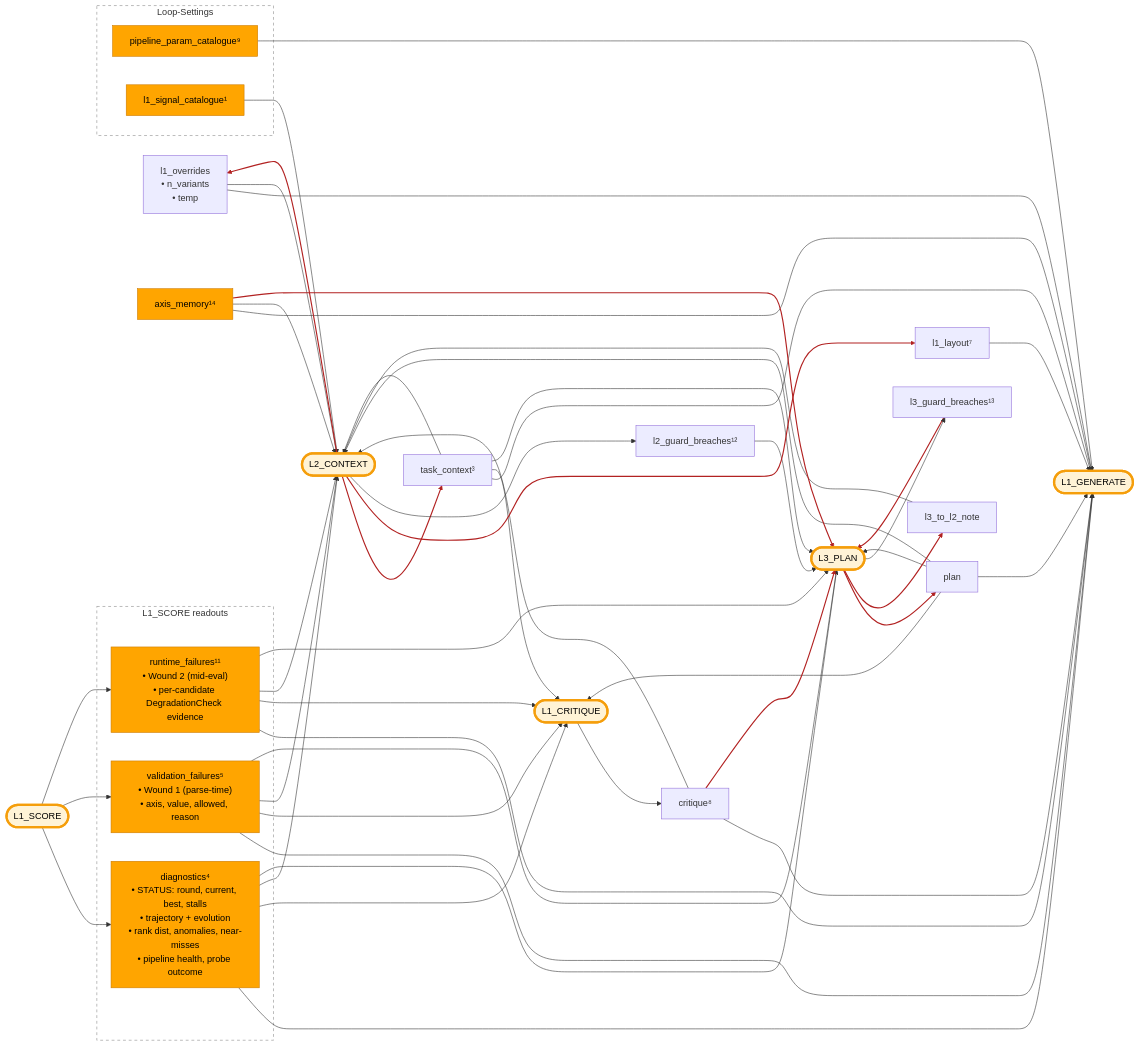
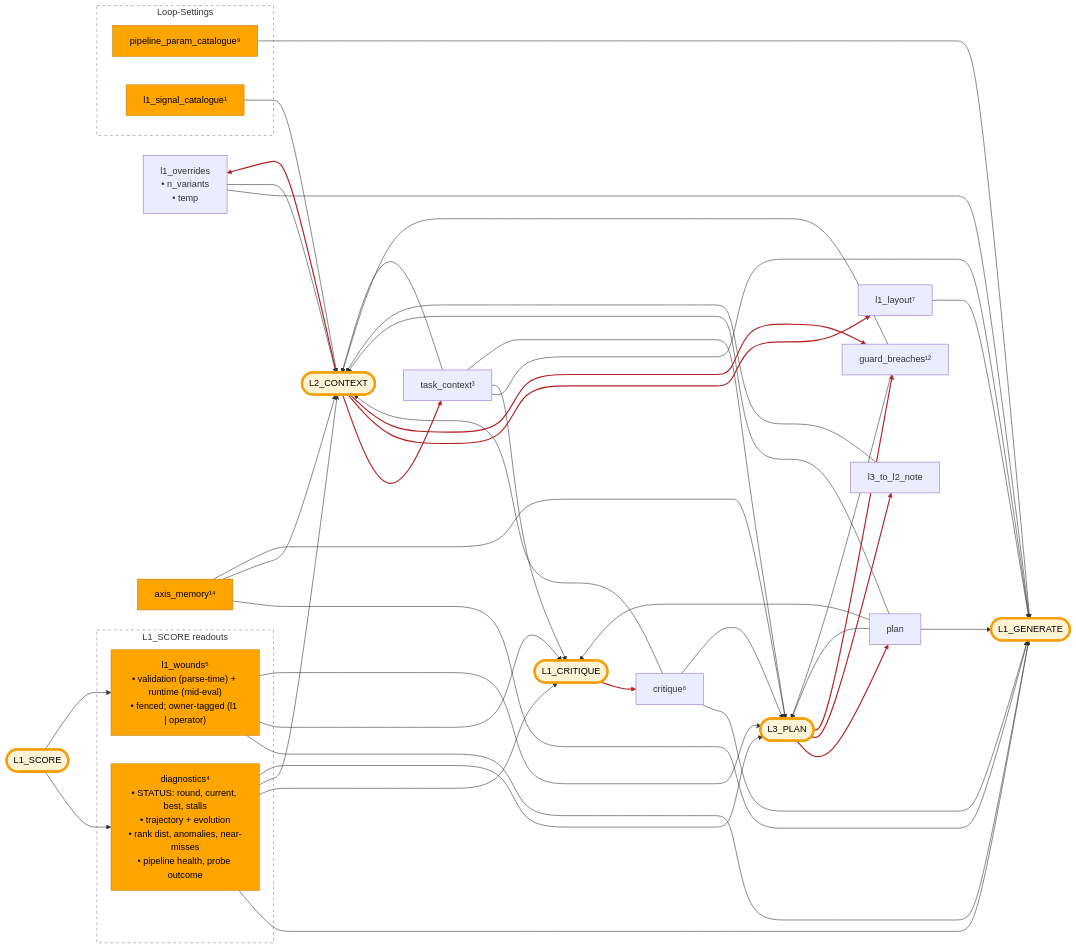
One commit to PromptPotter/prompt-potter-optimizer changed the diagram in docs/developer/dispatch-hub.md. Above: the diagram before and after it, drawn with Mermaid. The commit also changed other lines of this file and 21 other files, not shown here.

First line of the commit message:
refactor(self-healing): dissolve the 4-wound taxonomy to one owner field

````diff
--- a/docs/developer/dispatch-hub.md
+++ b/docs/developer/dispatch-hub.md
@@ -21,20 +21,16 @@
   %% Standalone AI-generated inputs (not produced inside a single LLM stage)
   CPAR["l1_overrides<br/>• n_variants<br/>• temp"]
 
-  %% L1_SCORE readouts — distinct hub variables, same producer cluster.
-  %% diagnostics is per-round on Bundle.digest; the failures variants
-  %% accumulate on OptSearchPoint cross-round.
+  %% L1_SCORE readouts — diagnostics is per-round on Bundle.digest; l1_wounds
+  %% (validation parse-time + runtime mid-eval) accumulates on OptSearchPoint cross-round.
   subgraph SR["L1_SCORE readouts"]
     DIAG["diagnostics⁴<br/>• STATUS: round, current, best, stalls<br/>• trajectory + evolution<br/>• rank dist, anomalies, near-misses<br/>• pipeline health, probe outcome"]:::det
-    VFAIL["validation_failures⁵<br/>• Wound 1 (parse-time)<br/>• axis, value, allowed, reason"]:::det
-    RFAIL["runtime_failures¹¹<br/>• Wound 2 (mid-eval)<br/>• per-candidate DegradationCheck evidence"]:::det
+    L1W["l1_wounds⁵<br/>• validation (parse-time) + runtime (mid-eval)<br/>• fenced; owner-tagged (l1 | operator)"]:::det
   end
   style SR fill:none,stroke:#888,stroke-dasharray: 5 5
 
-  %% LLM-output validator failures — produced by L2/L3 post-parse.
-  %% Sits outside the L1_SCORE readouts cluster because the producers are L2P / L3P.
-  L2OF[l2_guard_breaches¹²]
-  L3OF[l3_guard_breaches¹³]
+  %% Post-parse guard breaches — produced by L2P / L3P; both owner=L3 (replan).
+  GB[guard_breaches¹²]
 
   %% Loop-Settings — read-only loop-time constants
   subgraph LS["Loop-Settings"]
@@ -70,14 +66,12 @@
   end
   style L3G fill:none,stroke:none
 
-  %% L1_GENERATE inputs — sees measurement-derived failures only.
-  %% LAYOUT is structural (drives fill_l1's slot walk), not content.
+  %% L1_GENERATE inputs — sees its own wounds (l1_wounds). LAYOUT is structural.
   PLAN --> L1G
   TC --> L1G
   TUN --> L1G
   DIAG --> L1G
-  VFAIL --> L1G
-  RFAIL --> L1G
+  L1W --> L1G
   CRIT --> L1G
   CPAR --> L1G
   LAYOUT --> L1G
@@ -87,31 +81,26 @@
   PLAN --> L1C
   TC --> L1C
   DIAG --> L1C
-  VFAIL --> L1C
-  RFAIL --> L1C
+  L1W --> L1C
 
-  %% L2_CONTEXT inputs — sees measurement-derived failures only.
-  %% L2 doesn't see l2_guard_breaches because Wound 4 fires L3 immediately
-  %% when they appear; L3 replans, then L2 fires fresh against the new plan.
+  %% L2_CONTEXT inputs — its framing wounds are guard_breaches; L1's own wounds
+  %% are L1's to heal now (the old L2-briefs-L1 path is cut).
   PLAN --> L2P
   L3N --> L2P
   DIAG --> L2P
-  VFAIL --> L2P
-  RFAIL --> L2P
+  GB --> L2P
   CRIT --> L2P
   CPAR --> L2P
   TC --> L2P
   CAT --> L2P
   AXM --> L2P
 
-  %% L3_PLAN inputs — universal nurse: sees all four failure variants.
+  %% L3_PLAN inputs — sink: sees both wound groups.
   PLAN --> L3P
   TC --> L3P
   DIAG --> L3P
-  VFAIL --> L3P
-  RFAIL --> L3P
-  L2OF --> L3P
-  L3OF --> L3P
+  L1W --> L3P
+  GB --> L3P
   CRIT --> L3P
   AXM --> L3P
 
@@ -122,14 +111,13 @@
   L2P --> CPAR
   L2P --> LAYOUT
   L1C --> CRIT
-  L2P --> L2OF
-  L3P --> L3OF
+  L2P --> GB
+  L3P --> GB
 
   %% L1_SCORE derivations — deterministic; normal color
   L1S --> DIAG
-  L1S --> VFAIL
-  L1S --> RFAIL
+  L1S --> L1W
 
   %% Red styling for the 8 LLM-produced feedback edges (post-round)
-  linkStyle 31,32,33,34,35,36,37,38 stroke:#B22222,stroke-width:2px
+  linkStyle 29,30,31,32,33,34,35,36 stroke:#B22222,stroke-width:2px
 ```
````
